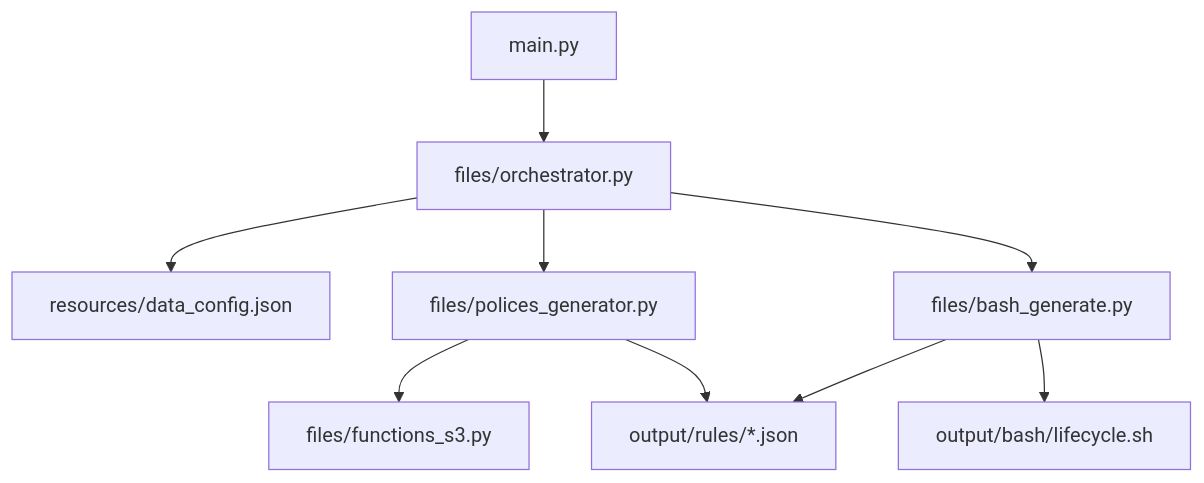
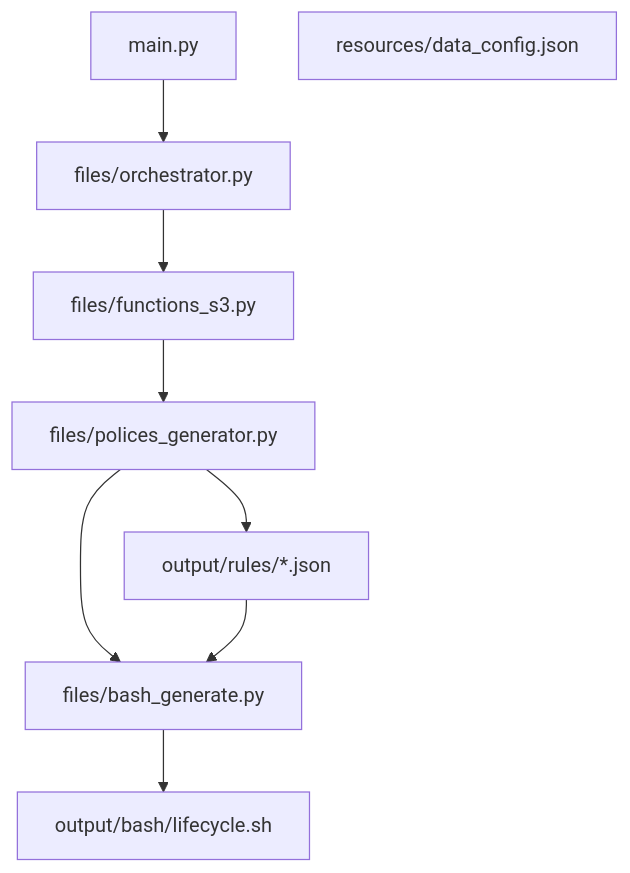
One commit to FernandoOLI/lyfecycle changed the first of 2 diagrams in README.md. Above: the diagram before and after it, drawn with Mermaid. The commit also changed other lines of this file, not shown here.

````diff
--- a/README.md
+++ b/README.md
@@ -41,20 +41,19 @@
 ```mermaid
 graph TD
   Main["main.py"]
   Orchestrator["files/orchestrator.py"]
   DataConfig["resources/data_config.json"]
   PolGen["files/polices_generator.py"]
   FunctionsS3["files/functions_s3.py"]
   BashGen["files/bash_generate.py"]
   OutputRules["output/rules/*.json"]
   LifecycleSh["output/bash/lifecycle.sh"]
 
   Main --> Orchestrator
-  Orchestrator --> DataConfig
-  Orchestrator --> PolGen
-  PolGen --> FunctionsS3
+  Orchestrator --> FunctionsS3
+  FunctionsS3 --> PolGen
   PolGen --> OutputRules
-  Orchestrator --> BashGen
-  BashGen --> OutputRules
+  PolGen --> BashGen
+  OutputRules --> BashGen
   BashGen --> LifecycleSh
 ```
````
